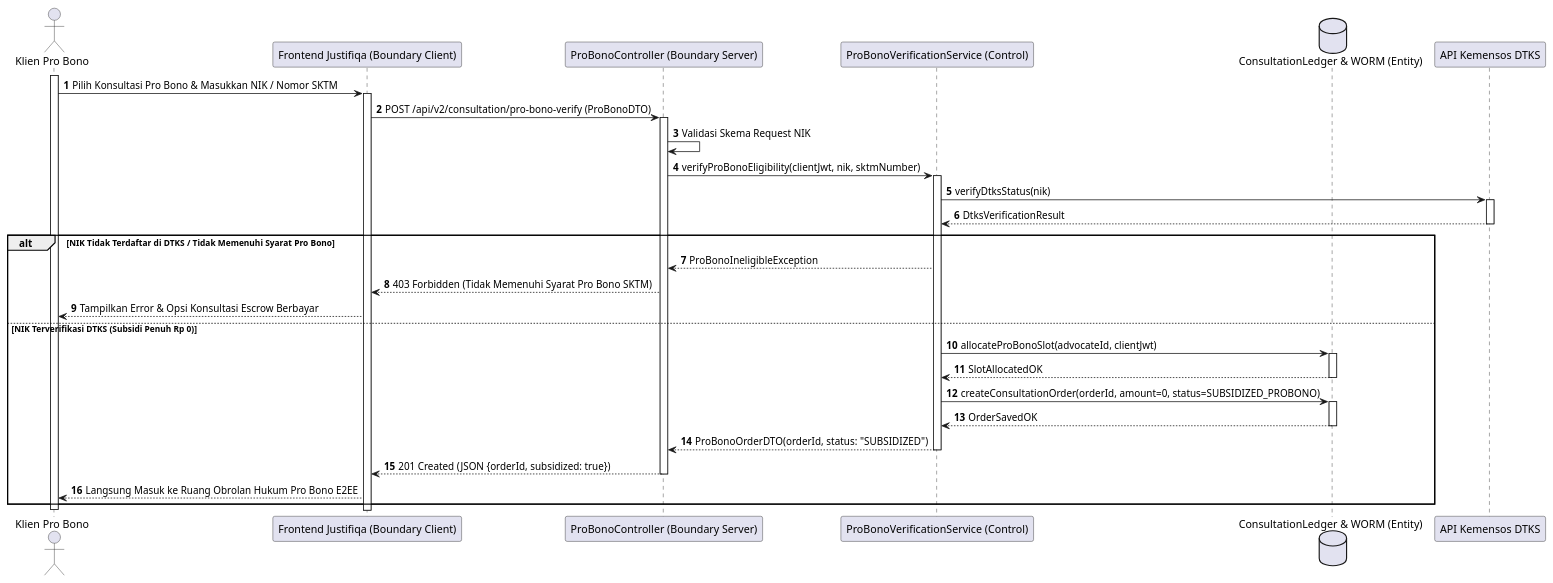
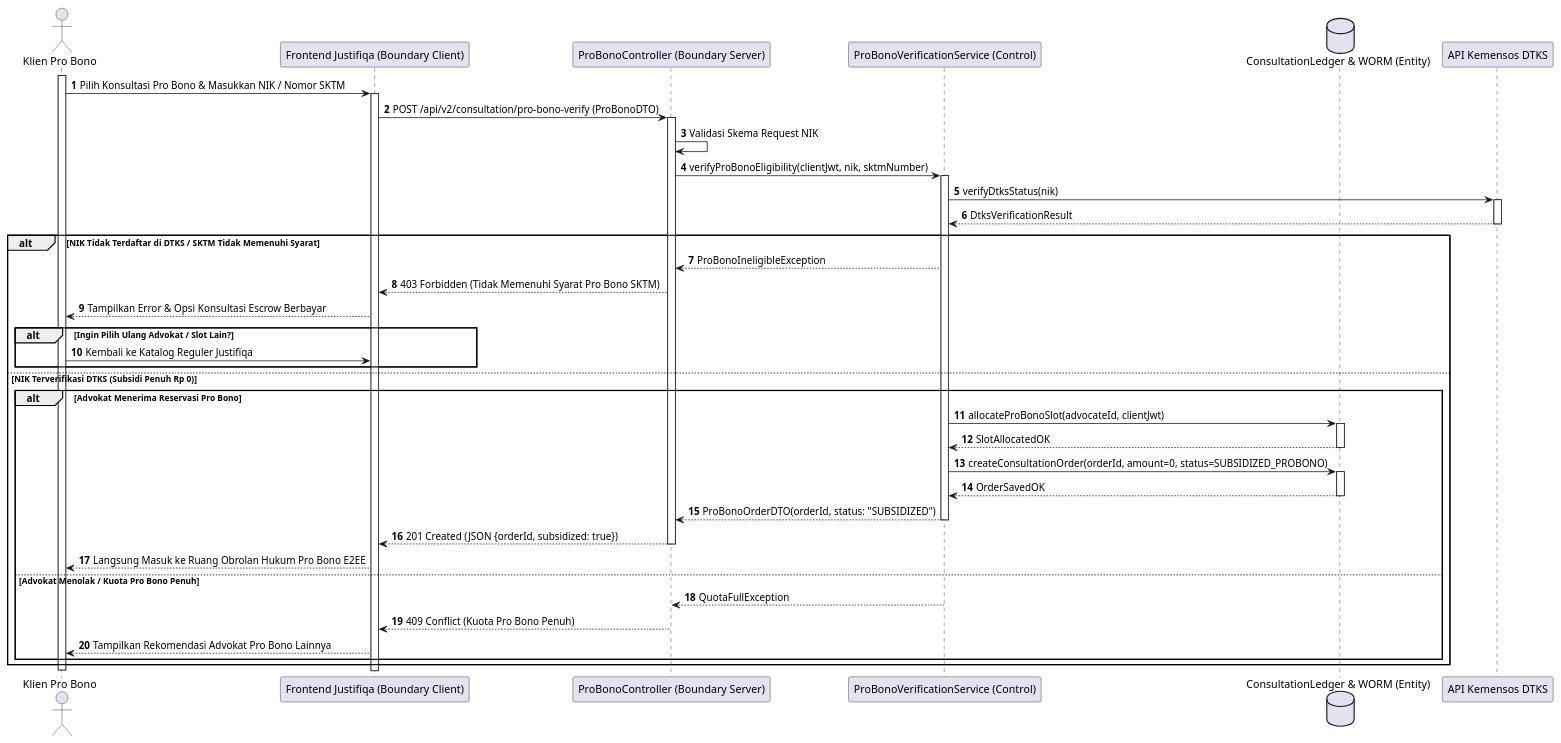
Before and after one commit to tupperwureism/SuperApp-Gagal: the seventh of 28 diagrams in MarkDown/plantuml_sequence_diagrams.md, drawn with PlantUML. The commit also changed other lines of this file and 1 other file, not shown here.

Commit message:
docs: Deep 1-to-1 logical synchronization across all 28 Sequence Diagrams with AD branches

````diff
--- a/MarkDown/plantuml_sequence_diagrams.md
+++ b/MarkDown/plantuml_sequence_diagrams.md
@@ -442,34 +465,43 @@
 ```plantuml
 @startuml
 autonumber
 actor "Klien Pro Bono" as User
 participant "Frontend Justifiqa (Boundary Client)" as B_FE
 participant "ProBonoController (Boundary Server)" as B_BE
 participant "ProBonoVerificationService (Control)" as C_Svc
 database "ConsultationLedger & WORM (Entity)" as E_DB
 participant "API Kemensos DTKS" as Kemensos
 
 activate User
 User -> B_FE ++ : Pilih Konsultasi Pro Bono & Masukkan NIK / Nomor SKTM
 B_FE -> B_BE ++ : POST /api/v2/consultation/pro-bono-verify (ProBonoDTO)
 B_BE -> B_BE : Validasi Skema Request NIK
 B_BE -> C_Svc ++ : verifyProBonoEligibility(clientJwt, nik, sktmNumber)
 C_Svc -> Kemensos ++ : verifyDtksStatus(nik)
 Kemensos --> C_Svc -- : DtksVerificationResult
 
-alt NIK Tidak Terdaftar di DTKS / Tidak Memenuhi Syarat Pro Bono
+alt NIK Tidak Terdaftar di DTKS / SKTM Tidak Memenuhi Syarat
     C_Svc --> B_BE : ProBonoIneligibleException
     B_BE --> B_FE : 403 Forbidden (Tidak Memenuhi Syarat Pro Bono SKTM)
     B_FE --> User : Tampilkan Error & Opsi Konsultasi Escrow Berbayar
+    alt Ingin Pilih Ulang Advokat / Slot Lain?
+        User -> B_FE : Kembali ke Katalog Reguler Justifiqa
+    end
 else NIK Terverifikasi DTKS (Subsidi Penuh Rp 0)
-    C_Svc -> E_DB ++ : allocateProBonoSlot(advocateId, clientJwt)
-    E_DB --> C_Svc -- : SlotAllocatedOK
-    C_Svc -> E_DB ++ : createConsultationOrder(orderId, amount=0, status=SUBSIDIZED_PROBONO)
-    E_DB --> C_Svc -- : OrderSavedOK
-    C_Svc --> B_BE -- : ProBonoOrderDTO(orderId, status: "SUBSIDIZED")
-    B_BE --> B_FE -- : 201 Created (JSON {orderId, subsidized: true})
-    B_FE --> User : Langsung Masuk ke Ruang Obrolan Hukum Pro Bono E2EE
+    alt Advokat Menerima Reservasi Pro Bono
+        C_Svc -> E_DB ++ : allocateProBonoSlot(advocateId, clientJwt)
+        E_DB --> C_Svc -- : SlotAllocatedOK
+        C_Svc -> E_DB ++ : createConsultationOrder(orderId, amount=0, status=SUBSIDIZED_PROBONO)
+        E_DB --> C_Svc -- : OrderSavedOK
+        C_Svc --> B_BE -- : ProBonoOrderDTO(orderId, status: "SUBSIDIZED")
+        B_BE --> B_FE -- : 201 Created (JSON {orderId, subsidized: true})
+        B_FE --> User : Langsung Masuk ke Ruang Obrolan Hukum Pro Bono E2EE
+    else Advokat Menolak / Kuota Pro Bono Penuh
+        C_Svc --> B_BE : QuotaFullException
+        B_BE --> B_FE : 409 Conflict (Kuota Pro Bono Penuh)
+        B_FE --> User : Tampilkan Rekomendasi Advokat Pro Bono Lainnya
+    end
 end
 deactivate User
 @enduml
 ```
````
